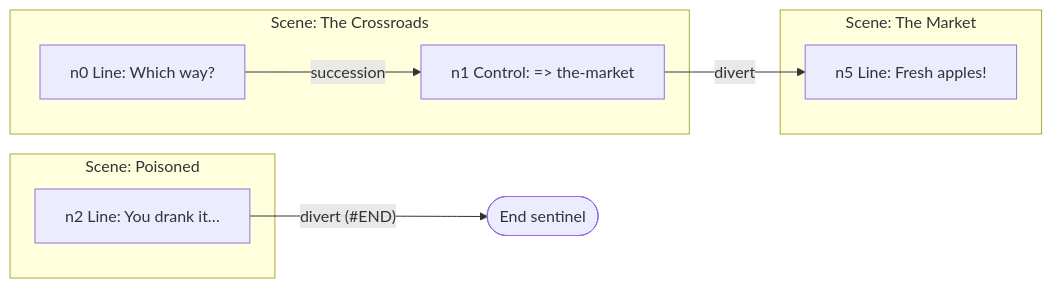
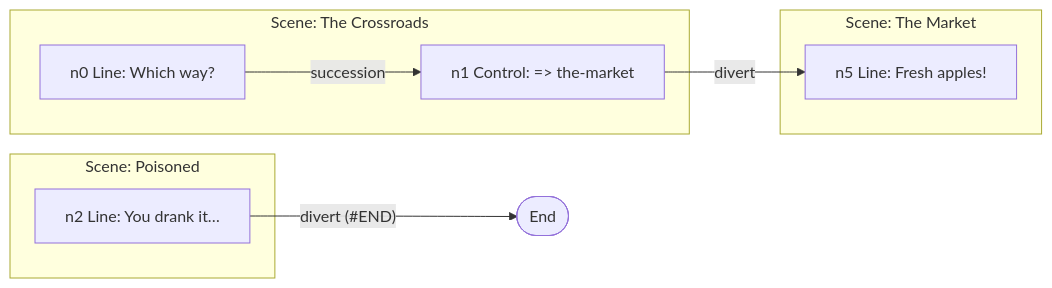
One commit to pengzhengyi/dialoguedown changed the fourth of 4 diagrams in docs/contributing/design-notes/core/Dialogue Graph.md. Above: the diagram before and after it, drawn with Mermaid. The commit also changed other lines of this file and 124 other files, not shown here.

````diff
--- a/docs/contributing/design-notes/core/Dialogue Graph.md
+++ b/docs/contributing/design-notes/core/Dialogue Graph.md
@@ -260,14 +138,14 @@
 ```mermaid
 flowchart LR
   subgraph Crossroads["Scene: The Crossroads"]
     n0["n0 Line: Which way?"] -->|succession| n1["n1 Control: => the-market"]
   end
   subgraph Poisoned["Scene: Poisoned"]
     n2["n2 Line: You drank it…"]
   end
   subgraph Market["Scene: The Market"]
     n5["n5 Line: Fresh apples!"]
   end
   n1 -->|divert| n5
-  n2 -->|"divert (#END)"| E(["End sentinel"])
+  n2 -->|"divert (#END)"| E(["End"])
 ```
````
